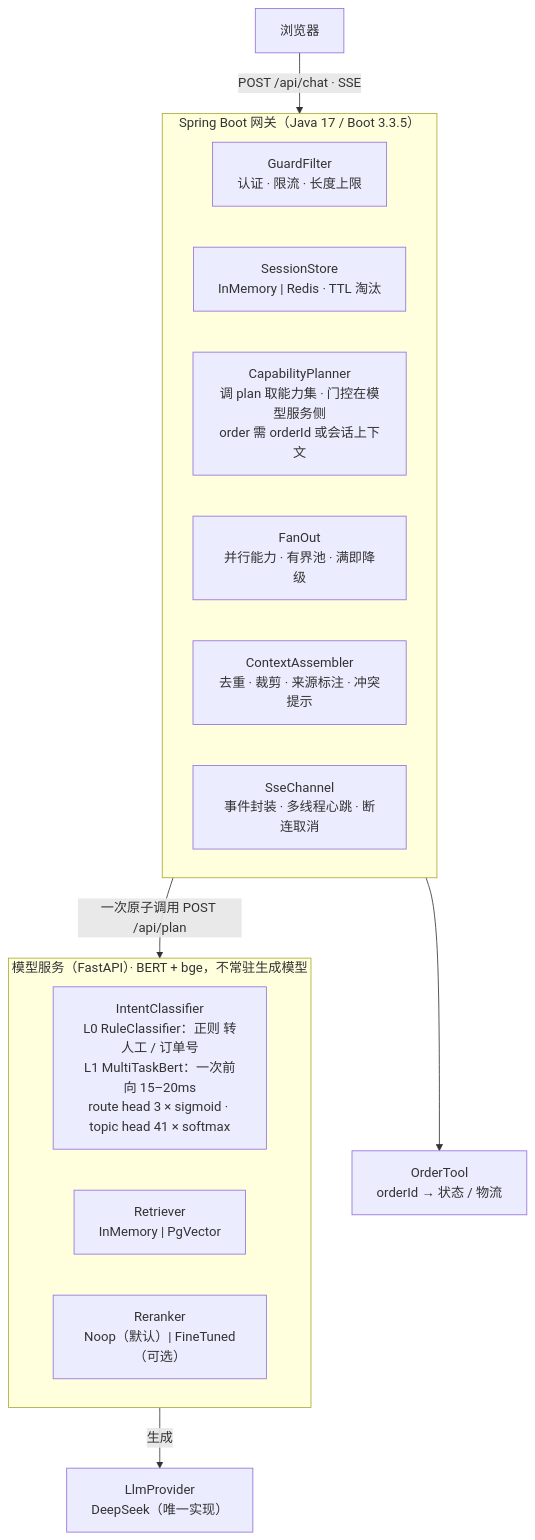
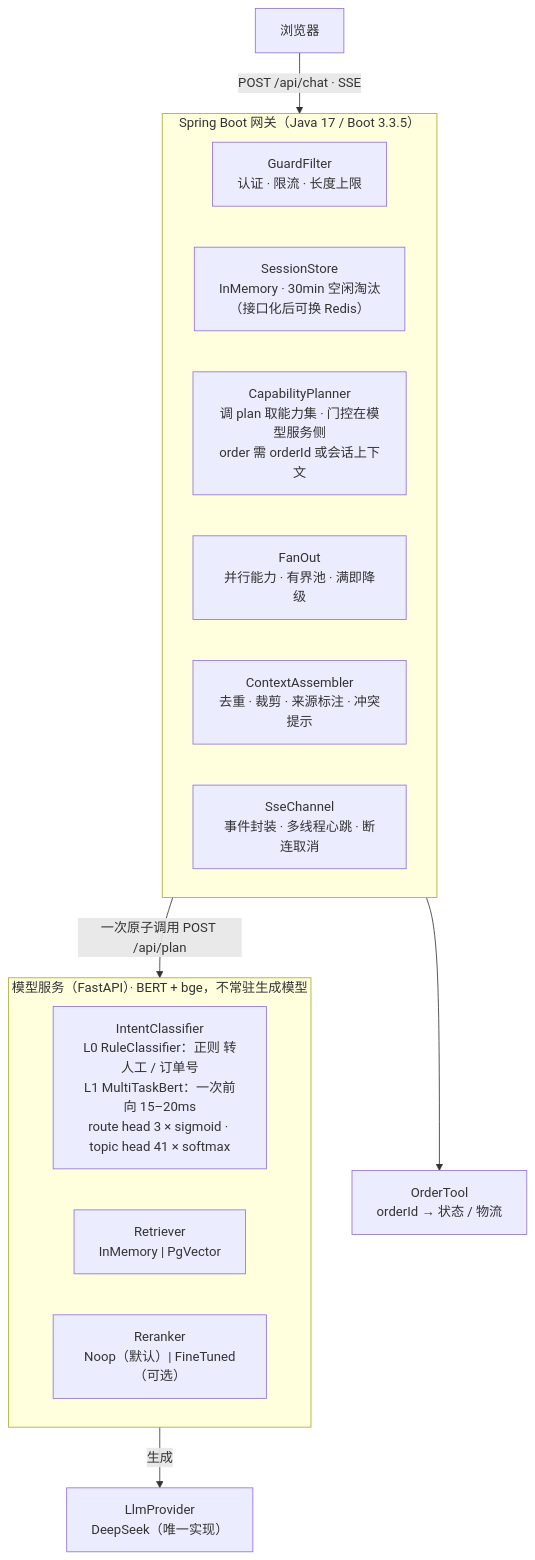
The first of 5 diagrams in docs/architecture.md (susamlu/customer-service-agent), drawn with Mermaid before and after one commit. The commit also changed other lines of this file and 3 other files, not shown here.

````diff
--- a/docs/architecture.md
+++ b/docs/architecture.md
@@ -13,24 +13,24 @@
 ```mermaid
 flowchart TD
     B[浏览器] -->|POST /api/chat · SSE| GW
 
     subgraph GW["Spring Boot 网关（Java 17 / Boot 3.3.5）"]
         GF["GuardFilter<br/>认证 · 限流 · 长度上限"]
-        SS["SessionStore<br/>InMemory | Redis · TTL 淘汰"]
+        SS["SessionStore<br/>InMemory · 30min 空闲淘汰<br/>（接口化后可换 Redis）"]
         CP["CapabilityPlanner<br/>调 plan 取能力集 · 门控在模型服务侧<br/>order 需 orderId 或会话上下文"]
         FO["FanOut<br/>并行能力 · 有界池 · 满即降级"]
         CA["ContextAssembler<br/>去重 · 裁剪 · 来源标注 · 冲突提示"]
         SC["SseChannel<br/>事件封装 · 多线程心跳 · 断连取消"]
     end
 
     GW -->|一次原子调用 POST /api/plan| MS
     GW --> OT["OrderTool<br/>orderId → 状态 / 物流"]
 
     subgraph MS["模型服务（FastAPI）· BERT + bge，不常驻生成模型"]
         IC["IntentClassifier<br/>L0 RuleClassifier：正则 转人工 / 订单号<br/>L1 MultiTaskBert：一次前向 15–20ms<br/>route head 3 × sigmoid · topic head 41 × softmax"]
         RT["Retriever<br/>InMemory | PgVector"]
         RR["Reranker<br/>Noop（默认）| FineTuned（可选）"]
     end
 
     MS -->|生成| LLM["LlmProvider<br/>DeepSeek（唯一实现）"]
 ```
````
